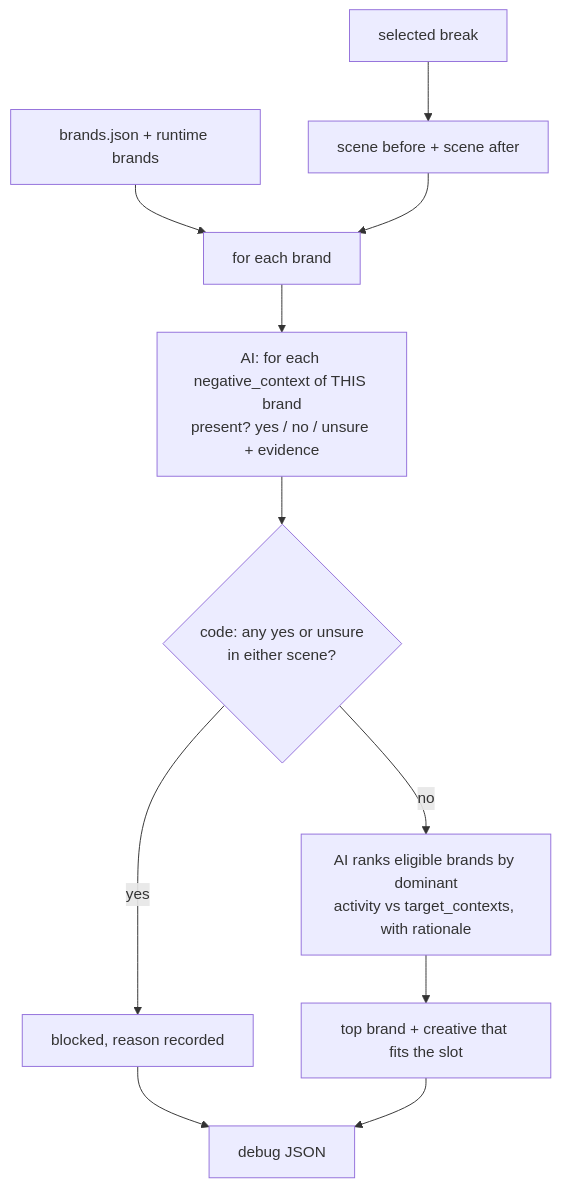
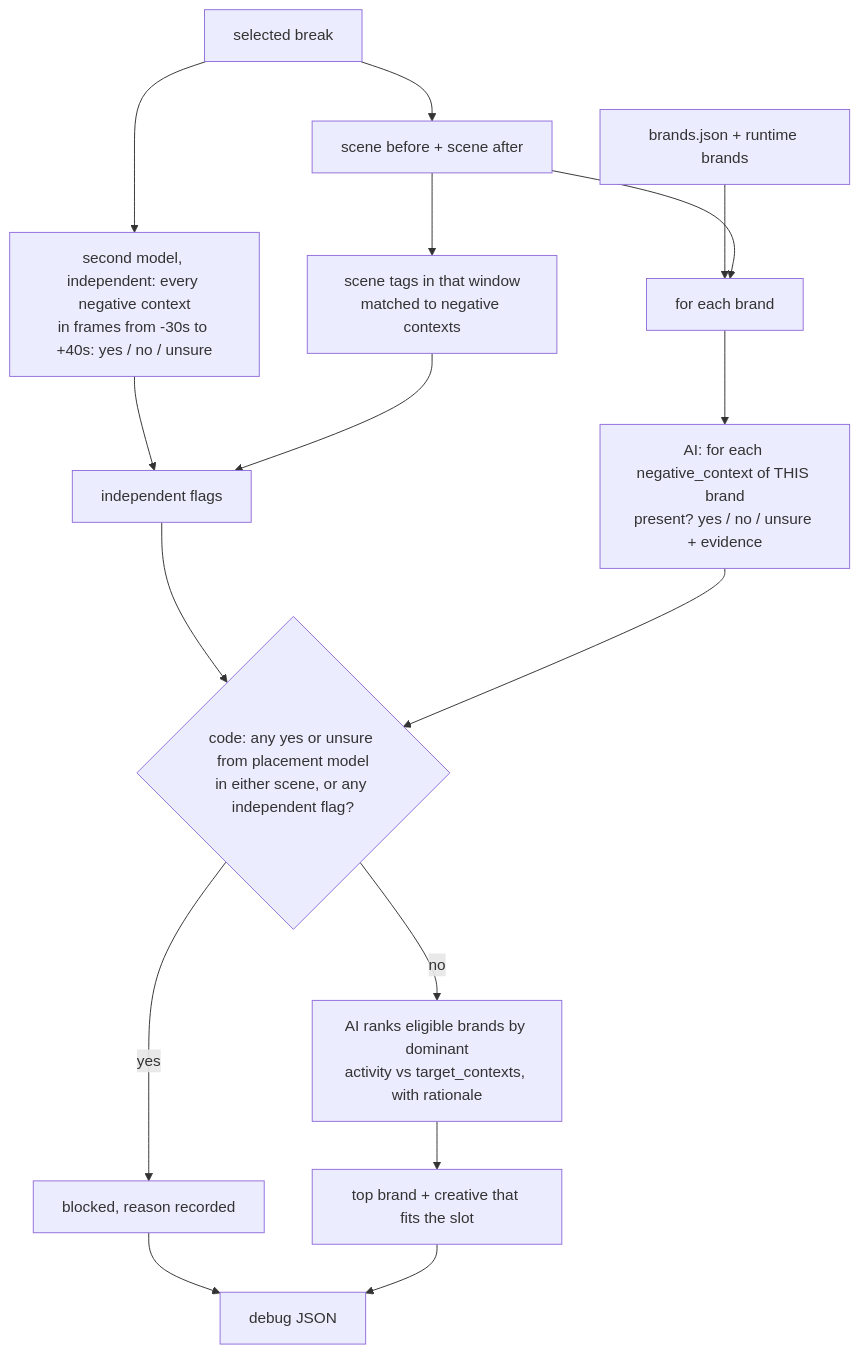
The third of 5 diagrams in docs/ARCHITECTURE.md (thisizaro/adbreak), drawn with Mermaid before and after one commit. The commit also changed other lines of this file and 15 other files, not shown here.

Commit message:
Review fixes: duration-scaled pacing, independent safety check and tag flags, scene boundary notes, shot threshold 0.15

````diff
--- a/docs/ARCHITECTURE.md
+++ b/docs/ARCHITECTURE.md
@@ -92,13 +94,18 @@
 ```mermaid
 flowchart TD
   BR[selected break] --> CTX[scene before + scene after]
   CAT[brands.json + runtime brands] --> LOOP[for each brand]
   CTX --> LOOP
   LOOP --> Q[AI: for each negative_context of THIS brand<br/>present? yes / no / unsure + evidence]
-  Q --> H{code: any yes or unsure<br/>in either scene?}
+  BR --> SAF[second model, independent: every negative context<br/>in frames from -30s to +40s: yes / no / unsure]
+  CTX --> TAG[scene tags in that window<br/>matched to negative contexts]
+  SAF --> FL[independent flags]
+  TAG --> FL
+  FL --> H
+  Q --> H{code: any yes or unsure from placement model<br/>in either scene, or any independent flag?}
   H -- yes --> BLK[blocked, reason recorded]
   H -- no --> RANK[AI ranks eligible brands by dominant<br/>activity vs target_contexts, with rationale]
   RANK --> PICK[top brand + creative that fits the slot]
   BLK --> DBG[debug JSON]
   PICK --> DBG
 ```
````
